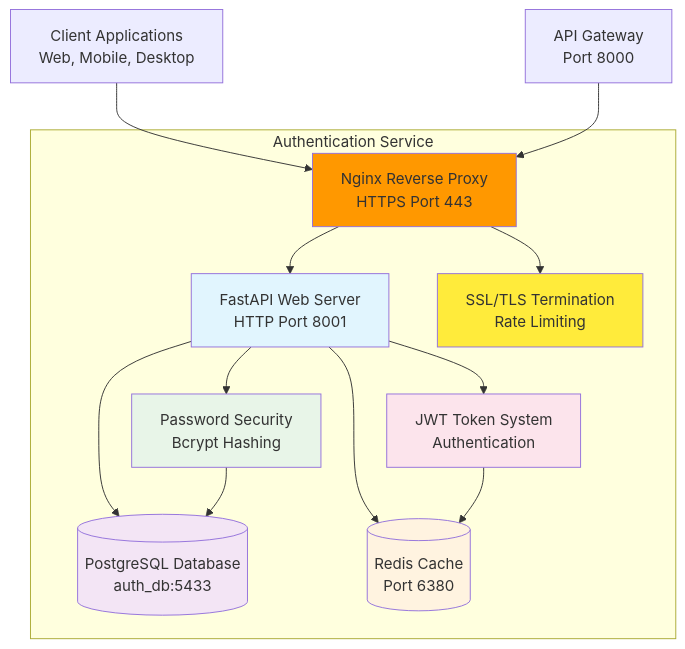
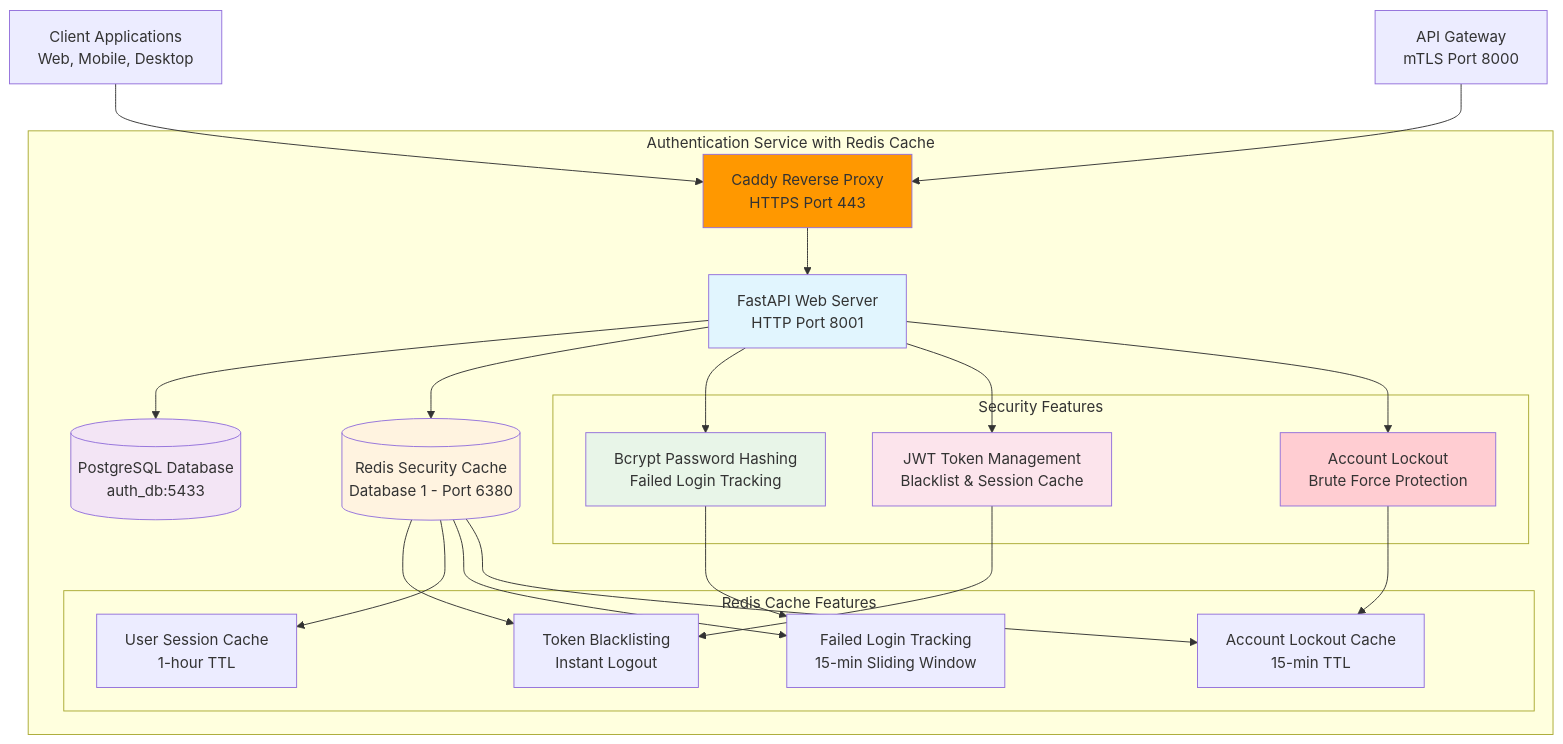
Before and after one commit to sudhan-m/munshi: the first of 9 diagrams in src/auth_service/README.md, drawn with Mermaid. The commit also changed other lines of this file and 12 other files, not shown here.

````diff
--- a/src/auth_service/README.md
+++ b/src/auth_service/README.md
@@ -39,35 +40,52 @@
 ```mermaid
 graph TB
-    subgraph "Authentication Service"
-        NGINX[Nginx Reverse Proxy<br/>HTTPS Port 443]
+    subgraph "Authentication Service with Redis Cache"
+        CADDY[Caddy Reverse Proxy<br/>HTTPS Port 443]
         API[FastAPI Web Server<br/>HTTP Port 8001]
         DB[(PostgreSQL Database<br/>auth_db:5433)]
-        REDIS[(Redis Cache<br/>Port 6380)]
-        AUTH[Password Security<br/>Bcrypt Hashing]
-        JWT[JWT Token System<br/>Authentication]
-        SSL[SSL/TLS Termination<br/>Rate Limiting]
+        REDIS[(Redis Security Cache<br/>Database 1 - Port 6380)]
         
-        NGINX --> API
-        NGINX --> SSL
+        subgraph "Security Features"
+            AUTH[Bcrypt Password Hashing<br/>Failed Login Tracking]
+            JWT[JWT Token Management<br/>Blacklist & Session Cache]
+            LOCKOUT[Account Lockout<br/>Brute Force Protection]
+        end
+        
+        subgraph "Redis Cache Features"
+            BLACKLIST[Token Blacklisting<br/>Instant Logout]
+            SESSION[User Session Cache<br/>1-hour TTL]
+            ATTEMPTS[Failed Login Tracking<br/>15-min Sliding Window]
+            LOCK[Account Lockout Cache<br/>15-min TTL]
+        end
+        
+        CADDY --> API
         API --> DB
         API --> REDIS
         API --> AUTH
         API --> JWT
-        AUTH --> DB
-        JWT --> REDIS
+        API --> LOCKOUT
+        
+        REDIS --> BLACKLIST
+        REDIS --> SESSION
+        REDIS --> ATTEMPTS
+        REDIS --> LOCK
+        
+        JWT --> BLACKLIST
+        AUTH --> ATTEMPTS
+        LOCKOUT --> LOCK
     end
     
     CLIENT[Client Applications<br/>Web, Mobile, Desktop]
-    GATEWAY[API Gateway<br/>Port 8000]
+    GATEWAY[API Gateway<br/>mTLS Port 8000]
     
-    CLIENT --> NGINX
-    GATEWAY --> NGINX
+    CLIENT --> CADDY
+    GATEWAY --> CADDY
     
-    style NGINX fill:#ff9800
+    style CADDY fill:#ff9800
     style API fill:#e1f5fe
     style DB fill:#f3e5f5
     style REDIS fill:#fff3e0
     style AUTH fill:#e8f5e8
     style JWT fill:#fce4ec
-    style SSL fill:#ffeb3b
+    style LOCKOUT fill:#ffcdd2
 ```
````
